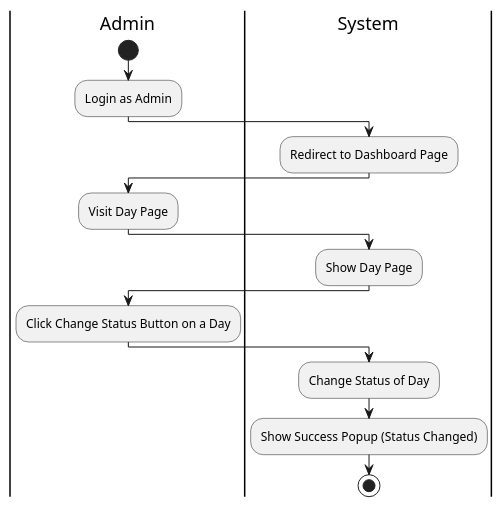
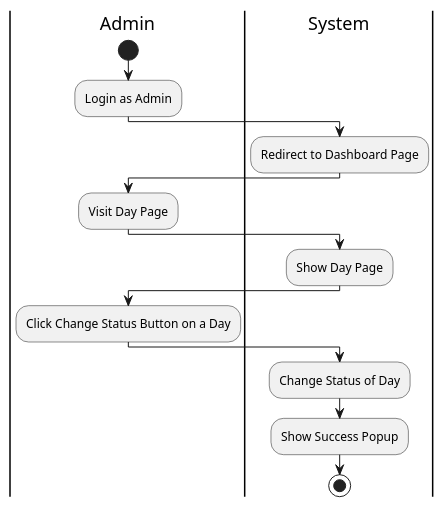
One commit to felixpherry/Lecturna-UML changed the diagram in 036. Change Day Status/Activity Diagram.puml. Above: the diagram before and after it, drawn with PlantUML. The commit also changed 66 other files, not shown here.

Commit message:
Fix: Activity Diagrams

```diff
--- a/036. Change Day Status/Activity Diagram.puml
+++ b/036. Change Day Status/Activity Diagram.puml
@@ -1,17 +1,17 @@
 @startuml ChangeDayStatus
 |Admin|
 start
 :Login as Admin;
 |System|
 :Redirect to Dashboard Page;
 |Admin|
 :Visit Day Page;
 |System|
 :Show Day Page;
 |Admin|
 :Click Change Status Button on a Day;
 |System|
 :Change Status of Day;
-:Show Success Popup (Status Changed);
+:Show Success Popup;
 stop
 @enduml
```
